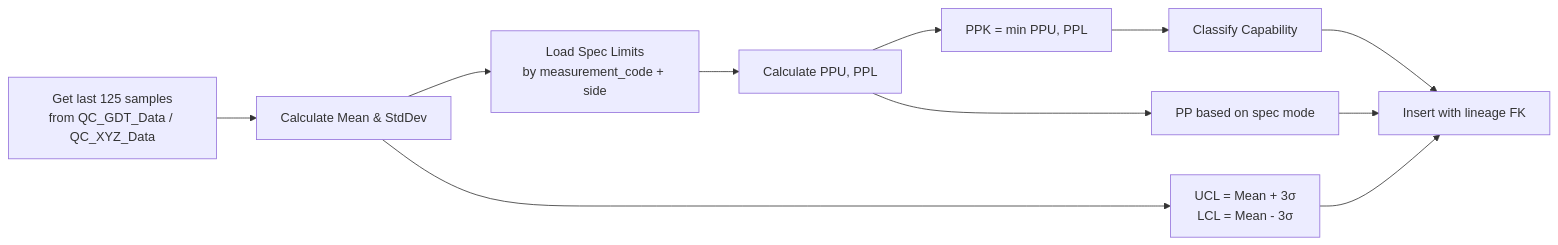
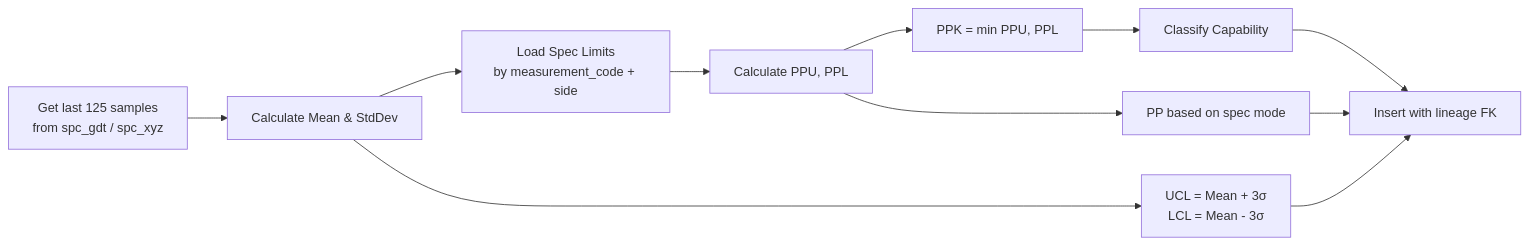
The tenth of 12 diagrams in README.md (KSangmuang/SPC-Dashboard), drawn with Mermaid before and after one commit. The commit also changed other lines of this file, not shown here.

````diff
--- a/README.md
+++ b/README.md
@@ -919,13 +1095,13 @@
 ```mermaid
 flowchart LR
-    A[Get last 125 samples<br/>from QC_GDT_Data / QC_XYZ_Data] --> B[Calculate Mean & StdDev]
+    A[Get last 125 samples<br/>from spc_gdt / spc_xyz] --> B[Calculate Mean & StdDev]
     B --> C[Load Spec Limits<br/>by measurement_code + side]
     C --> D[Calculate PPU, PPL]
     D --> E[PPK = min PPU, PPL]
     D --> F[PP based on spec mode]
     B --> G[UCL = Mean + 3σ<br/>LCL = Mean - 3σ]
     E --> H[Classify Capability]
     H --> I[Insert with lineage FK]
     F --> I
     G --> I
 ```
````
